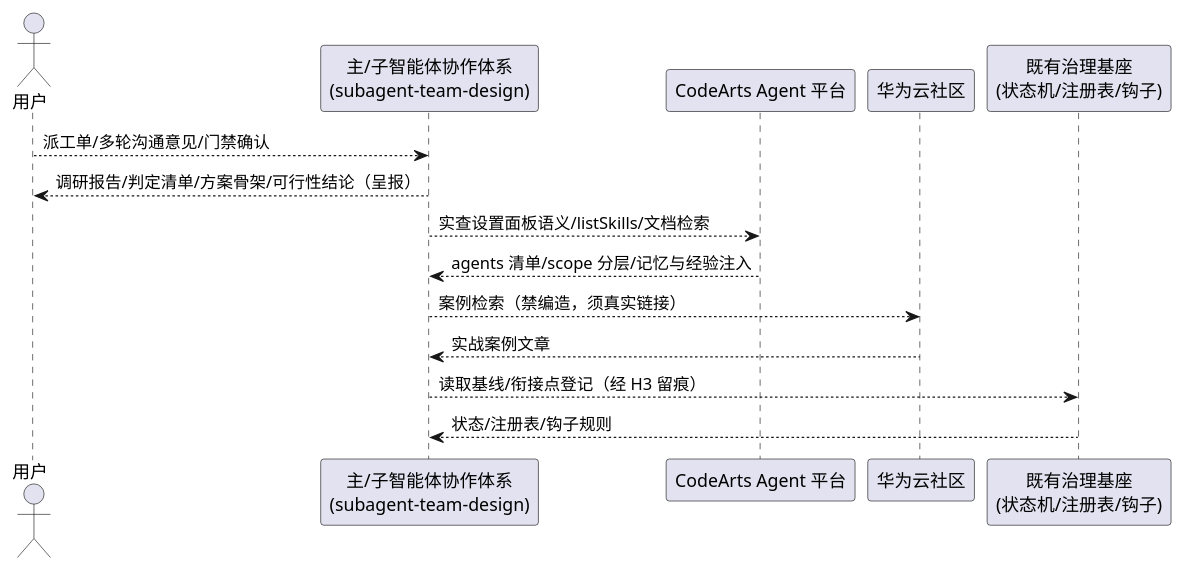
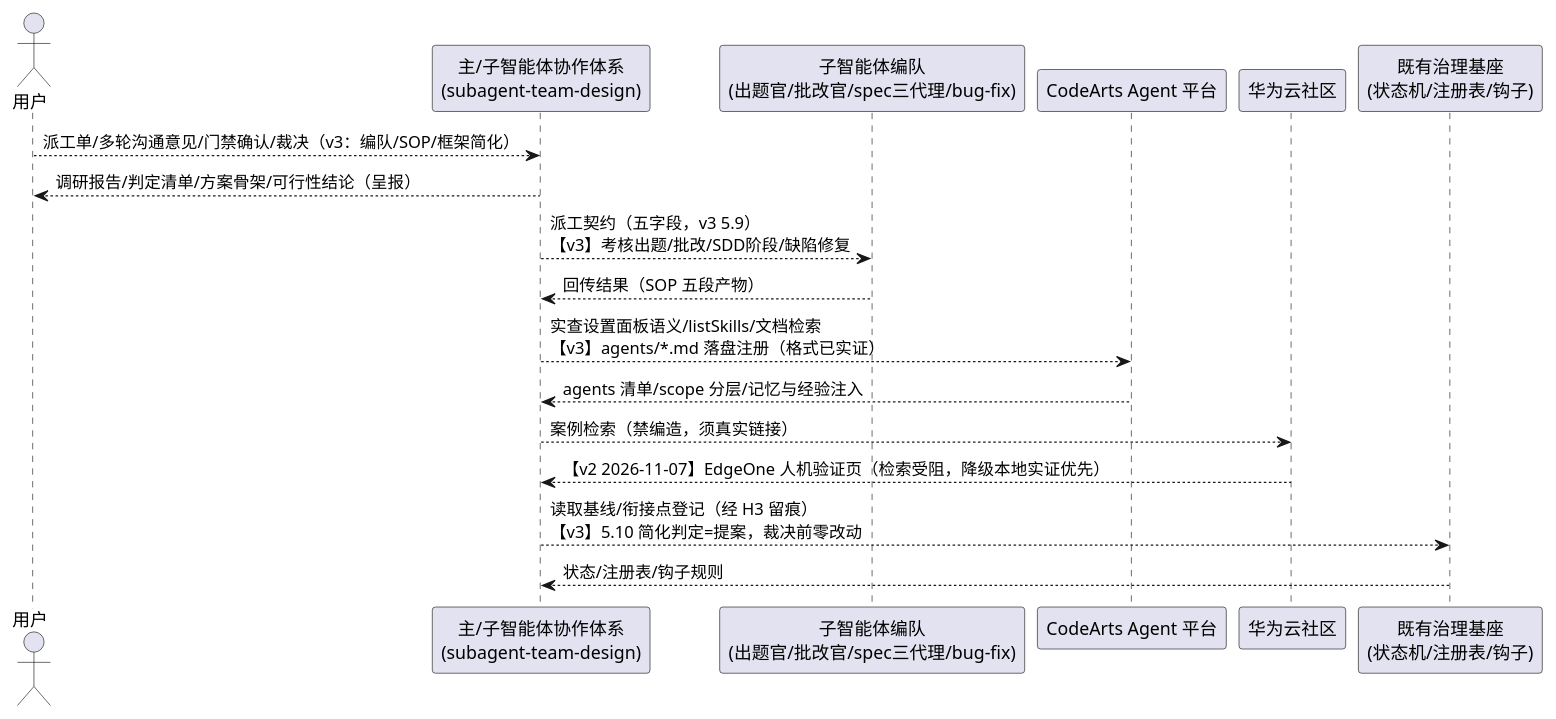
The first of 11 diagrams in .codeartsdoer/specs/subagent-team-design/spec.md (z80690/Date), drawn with PlantUML before and after one commit. The commit also changed other lines of this file and 26 other files, not shown here.

````diff
--- a/.codeartsdoer/specs/subagent-team-design/spec.md
+++ b/.codeartsdoer/specs/subagent-team-design/spec.md
@@ -78,18 +111,21 @@
 ```plantuml
 @startuml
 actor 用户 as U
 participant "主/子智能体协作体系\n(subagent-team-design)" as S
+participant "子智能体编队\n(出题官/批改官/spec三代理/bug-fix)" as W
 participant "CodeArts Agent 平台" as P
 participant "华为云社区" as C
 participant "既有治理基座\n(状态机/注册表/钩子)" as G
 
-U --> S : 派工单/多轮沟通意见/门禁确认
+U --> S : 派工单/多轮沟通意见/门禁确认/裁决（v3：编队/SOP/框架简化）
 S --> U : 调研报告/判定清单/方案骨架/可行性结论（呈报）
-S --> P : 实查设置面板语义/listSkills/文档检索
+S --> W : 派工契约（五字段，v3 5.9）\n【v3】考核出题/批改/SDD阶段/缺陷修复
+W --> S : 回传结果（SOP 五段产物）
+S --> P : 实查设置面板语义/listSkills/文档检索\n【v3】agents/*.md 落盘注册（格式已实证）
 P --> S : agents 清单/scope 分层/记忆与经验注入
 S --> C : 案例检索（禁编造，须真实链接）
-C --> S : 实战案例文章
-S --> G : 读取基线/衔接点登记（经 H3 留痕）
+C --> S : 【v2 2026-11-07】EdgeOne 人机验证页（检索受阻，降级本地实证优先）
+S --> G : 读取基线/衔接点登记（经 H3 留痕）\n【v3】5.10 简化判定=提案，裁决前零改动
 G --> S : 状态/注册表/钩子规则
 @enduml
 ```
````
